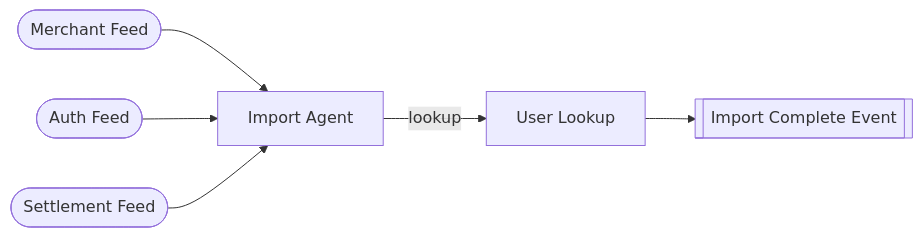
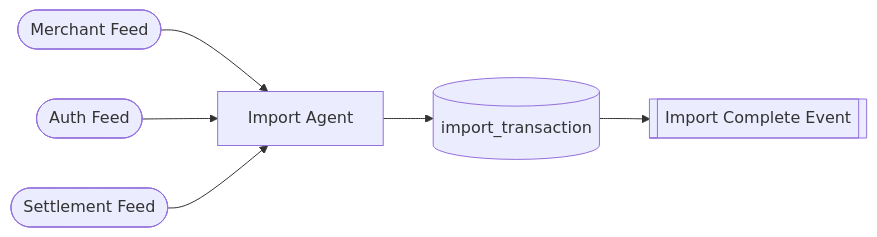
Before and after one commit to piukhq/harmonia: the first of 5 diagrams in data-flow.md, drawn with Mermaid. The commit also changed other lines of this file, not shown here.

Commit message:
add some tables to data flow diagram

````diff
--- a/data-flow.md
+++ b/data-flow.md
@@ -5,16 +5,16 @@
 ```mermaid
 flowchart LR
-    import_complete[[Import Complete Event]]
     merchant([Merchant Feed])
     auth([Auth Feed])
     settlement([Settlement Feed])
+    import_complete[[Import Complete Event]]
+    import_transaction[(import_transaction)]
 
     import_agent["Import Agent"]
-    user_lookup["User Lookup"]
 
     merchant --> import_agent
     auth --> import_agent
     settlement --> import_agent
-    import_agent -- lookup --> user_lookup
-    user_lookup --> import_complete
+
+    import_agent --> import_transaction --> import_complete
 ```
````
